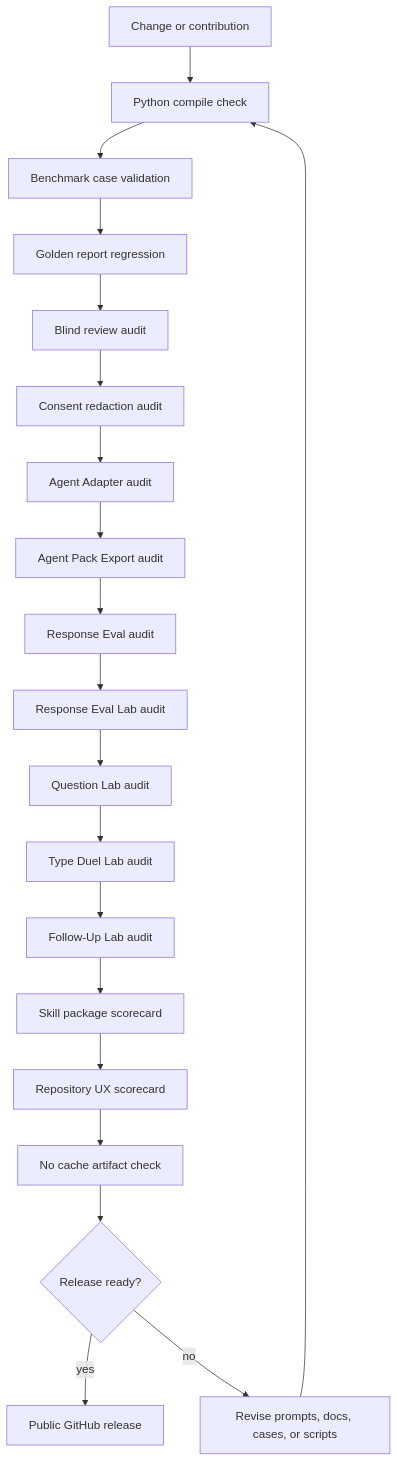
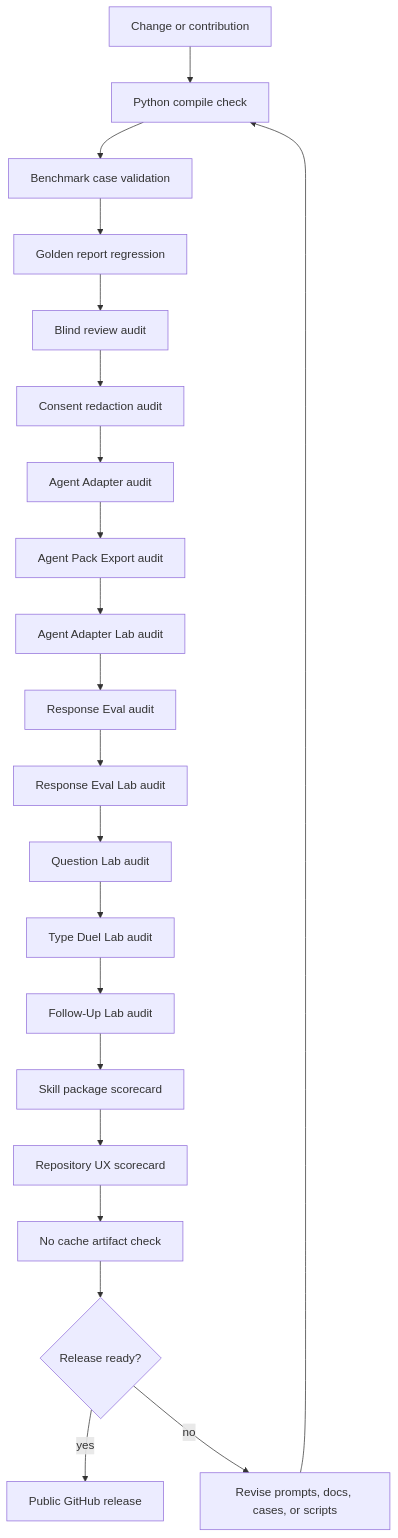
The fourth of 5 diagrams in README.md (Zaoqu-Liu/mbti-typing-skill), drawn with Mermaid before and after one commit. The commit also changed other lines of this file and 27 other files, not shown here.

Commit message:
Add agent adapter lab

````diff
--- a/README.md
+++ b/README.md
@@ -467,22 +485,23 @@
 ```mermaid
 flowchart TD
     PR[Change or contribution] --> Compile[Python compile check]
     Compile --> Cases[Benchmark case validation]
     Cases --> Golden[Golden report regression]
     Golden --> Blind[Blind review audit]
     Blind --> Consent[Consent redaction audit]
     Consent --> Adapter[Agent Adapter audit]
     Adapter --> Pack[Agent Pack Export audit]
-    Pack --> Response[Response Eval audit]
+    Pack --> AdapterLab[Agent Adapter Lab audit]
+    AdapterLab --> Response[Response Eval audit]
     Response --> ResponseLab[Response Eval Lab audit]
     ResponseLab --> QuestionLab[Question Lab audit]
     QuestionLab --> TypeDuel[Type Duel Lab audit]
     TypeDuel --> FollowUp[Follow-Up Lab audit]
     FollowUp --> SkillScore[Skill package scorecard]
     SkillScore --> UXScore[Repository UX scorecard]
     UXScore --> Cache[No cache artifact check]
     Cache --> Release{Release ready?}
     Release -->|yes| Publish[Public GitHub release]
     Release -->|no| Fix[Revise prompts, docs, cases, or scripts]
     Fix --> Compile
 ```
````
